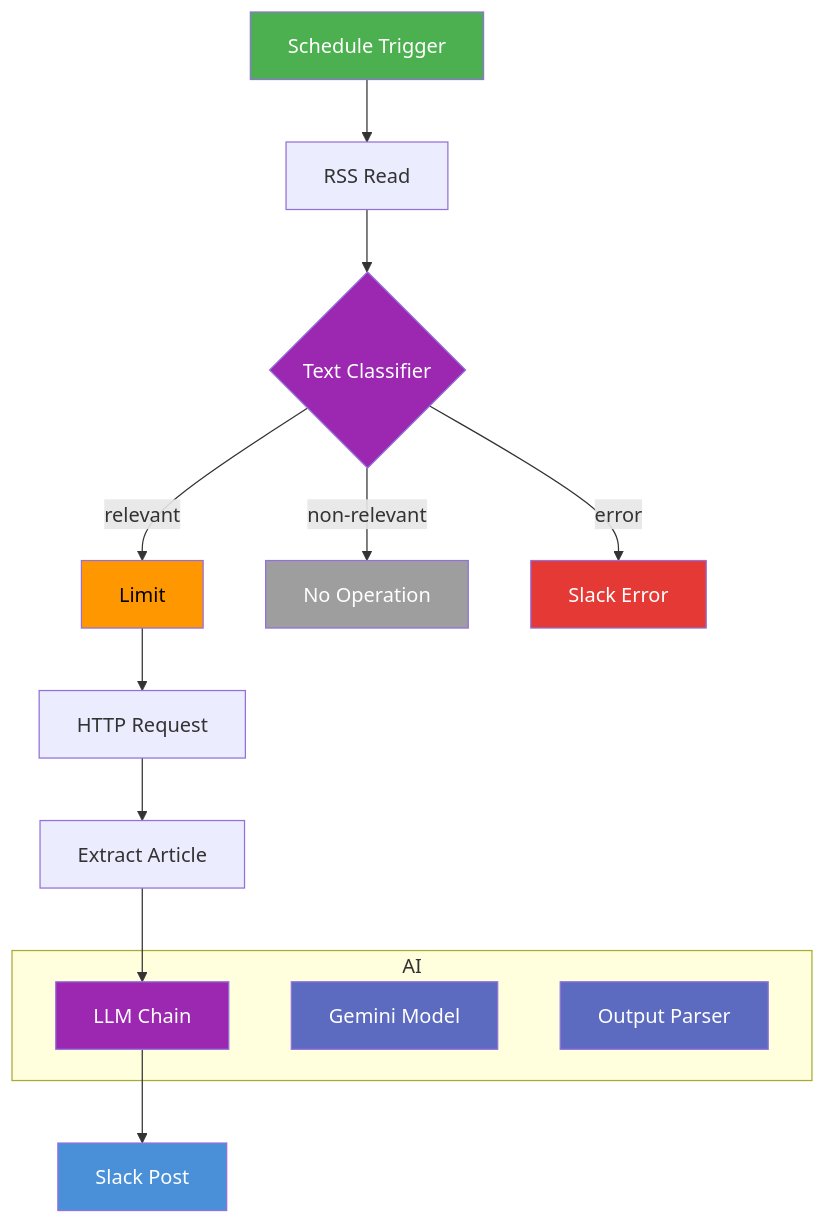
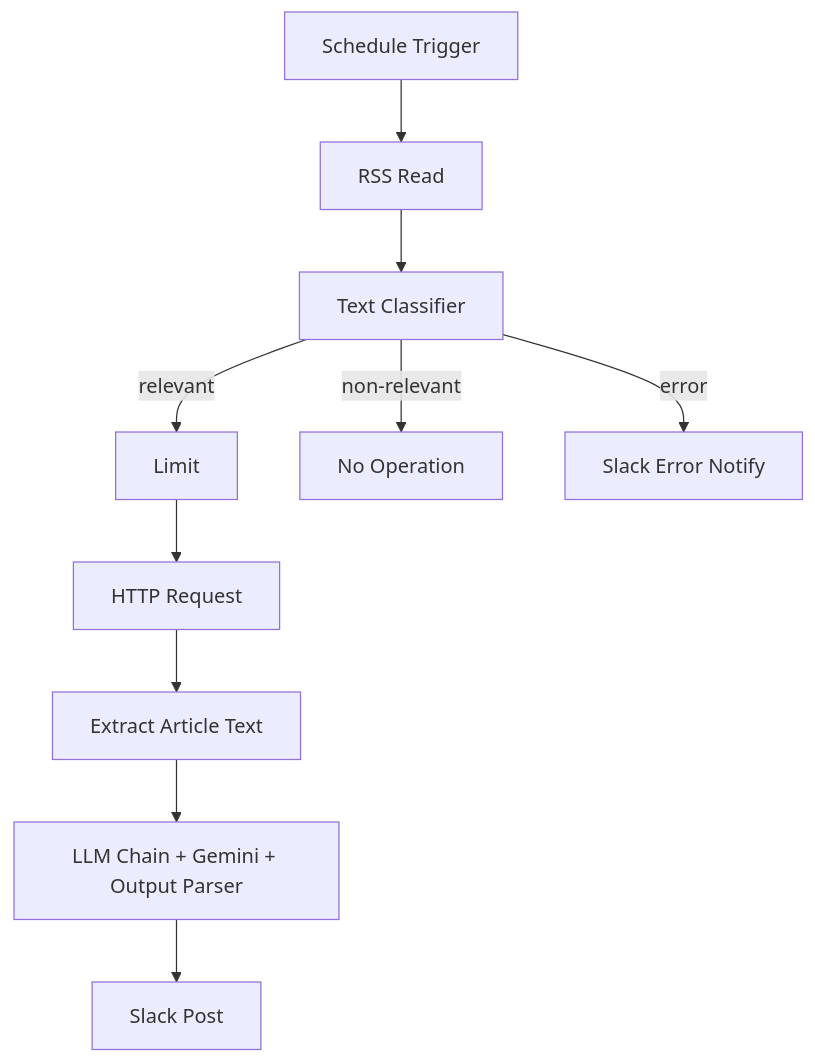
One commit to takumiwork-n8n/X_present_post_workflow changed the diagram in 修正前/README.md. Above: the diagram before and after it, drawn with Mermaid. The commit also changed 1 other file, not shown here.

Commit message:
fix: use graph TD with minimal syntax for GitHub mermaid

````diff
--- a/修正前/README.md
+++ b/修正前/README.md
@@ -44,26 +44,12 @@
 ```mermaid
-flowchart TD
+graph TD
     A[Schedule Trigger] --> B[RSS Read]
-    B --> C{Text Classifier}
-    C -->|relevant| D[Limit]
-    C -->|non-relevant| E[No Operation]
-    C -->|error| F[Slack Error]
+    B --> C[Text Classifier]
+    C -- relevant --> D[Limit]
+    C -- non-relevant --> E[No Operation]
+    C -- error --> F[Slack Error Notify]
     D --> G[HTTP Request]
-    G --> H[Extract Article]
-    H --> I[LLM Chain]
+    G --> H[Extract Article Text]
+    H --> I[LLM Chain + Gemini + Output Parser]
     I --> J[Slack Post]
-    subgraph AI
-        I
-        K[Gemini Model]
-        L[Output Parser]
-    end
-    style A fill:#4CAF50,color:#fff
-    style J fill:#4A90D9,color:#fff
-    style F fill:#E53935,color:#fff
-    style E fill:#9E9E9E,color:#fff
-    style D fill:#FF9800,color:#000
-    style C fill:#9C27B0,color:#fff
-    style I fill:#9C27B0,color:#fff
-    style K fill:#5c6bc0,color:#fff
-    style L fill:#5c6bc0,color:#fff
 ```
````
